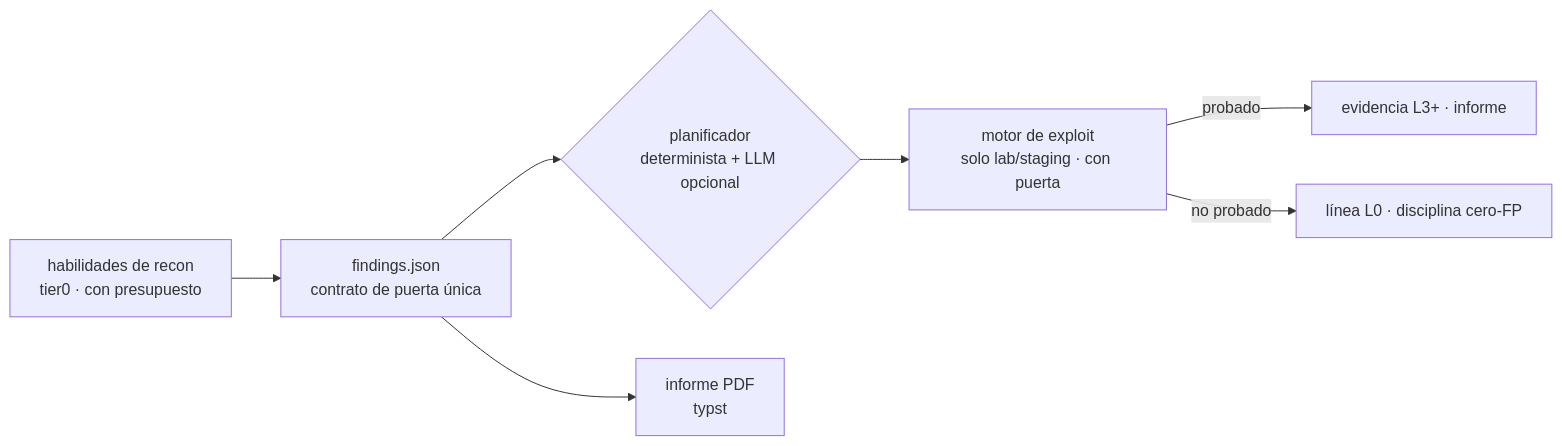
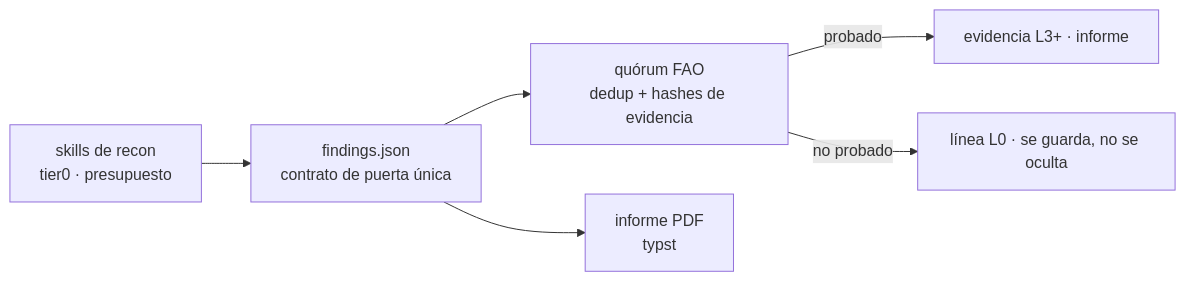
One commit to maulanawirawan/cyphron changed the diagram in README.es.md. Above: the diagram before and after it, drawn with Mermaid. The commit also changed other lines of this file and 5 other files, not shown here.

````diff
--- a/README.es.md
+++ b/README.es.md
@@ -52,9 +57,8 @@
 ```mermaid
 flowchart LR
-    A[habilidades de recon<br/>tier0 · con presupuesto] --> B[findings.json<br/>contrato de puerta única]
-    B --> C{planificador<br/>determinista + LLM opcional}
-    C --> D[motor de exploit<br/>solo lab/staging · con puerta]
-    D -->|probado| E[evidencia L3+ · informe]
-    D -->|no probado| F[línea L0 · disciplina cero-FP]
+    A[skills de recon<br/>tier0 · presupuesto] --> B[findings.json<br/>contrato de puerta única]
+    B --> C[quórum FAO<br/>dedup + hashes de evidencia]
+    C -->|probado| E[evidencia L3+ · informe]
+    C -->|no probado| F[línea L0 · se guarda, no se oculta]
     B --> G[informe PDF<br/>typst]
 ```
````
